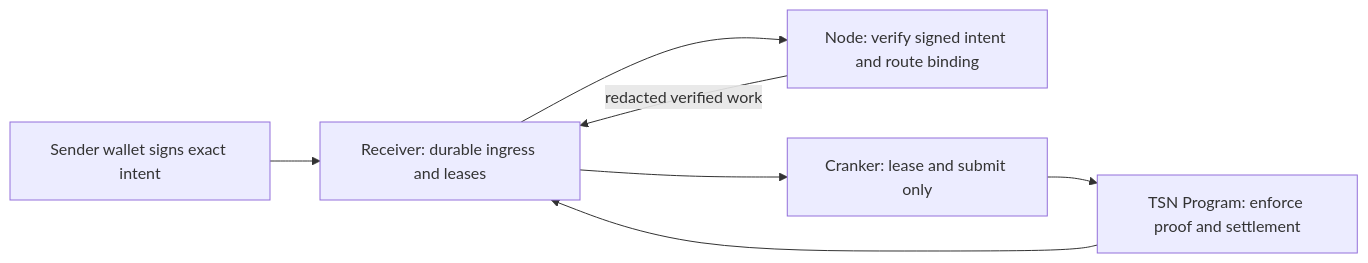
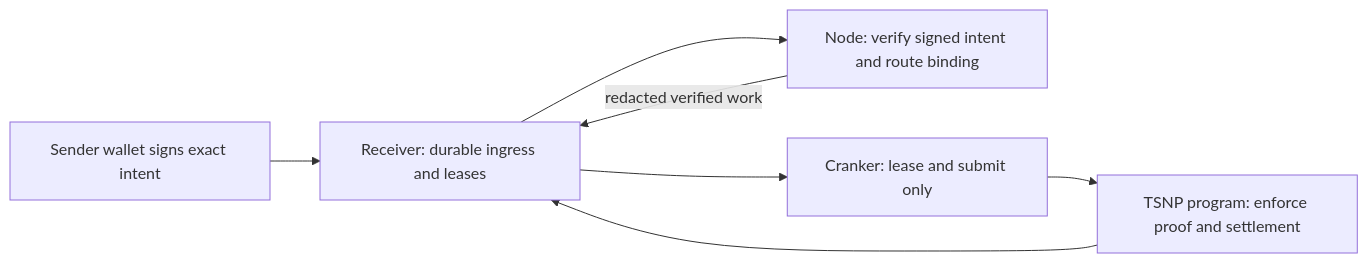
The diagram in docs/tsn-receiver-node-architecture.md (bigdreamsweb3/trustlink-pay), drawn with Mermaid before and after one commit. The commit also changed other lines of this file and 88 other files, not shown here.

````diff
--- a/docs/tsn-receiver-node-architecture.md
+++ b/docs/tsn-receiver-node-architecture.md
@@ -7,9 +7,9 @@
 ```mermaid
 flowchart LR
     S["Sender wallet signs exact intent"] --> R["Receiver: durable ingress and leases"]
     R --> N["Node: verify signed intent and route binding"]
     N -->|"redacted verified work"| R
     R --> C["Cranker: lease and submit only"]
-    C --> P["TSN Program: enforce proof and settlement"]
+    C --> P["TSNP program: enforce proof and settlement"]
     P --> R
 ```
````
